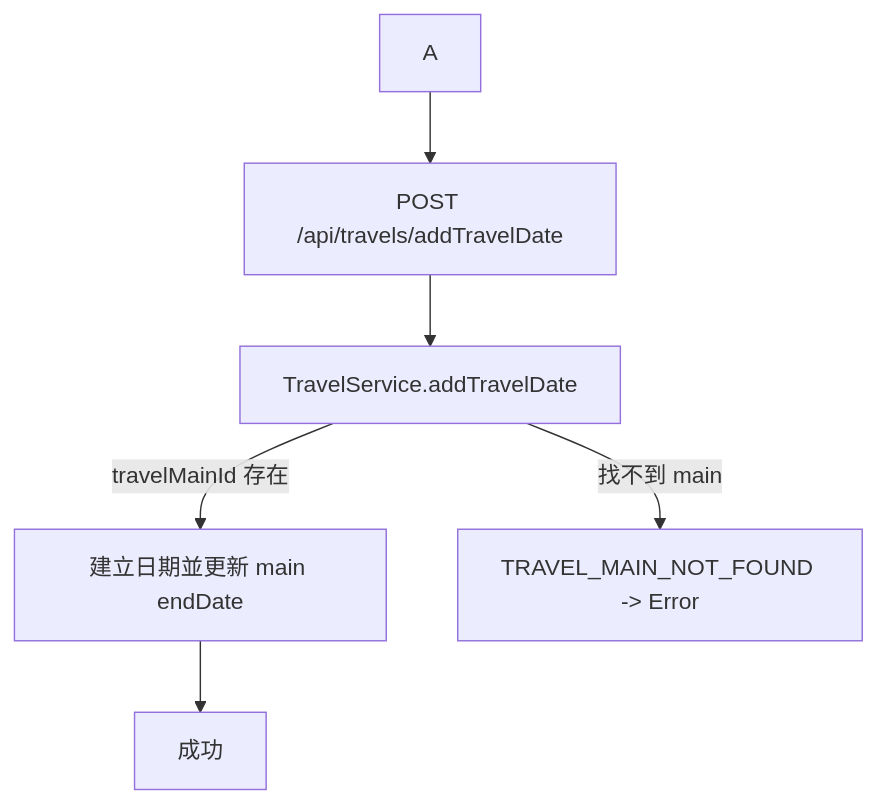
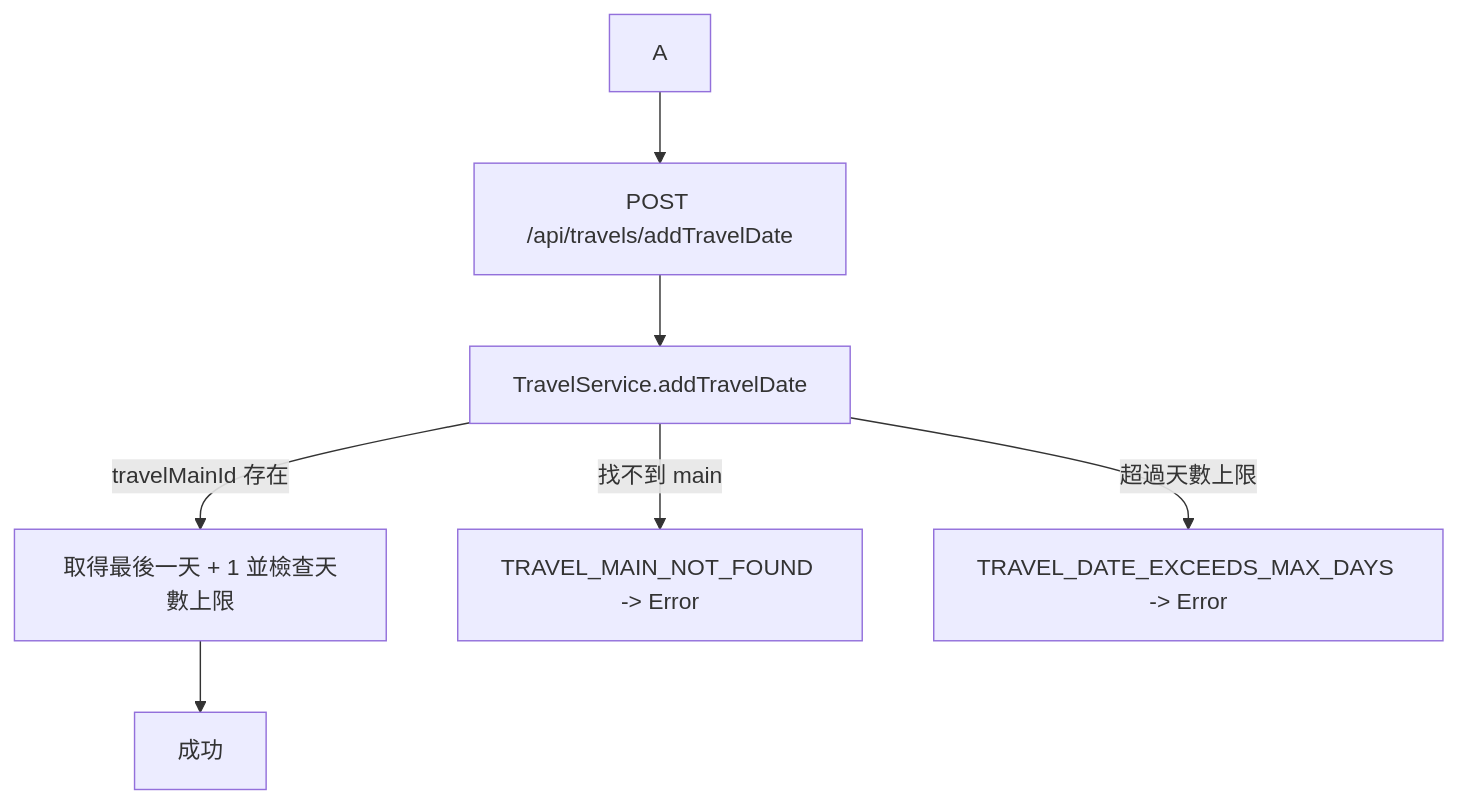
One commit to loveu8/TravelPlanWithAccounting changed the sixth of 19 diagrams in backend/docs/travel-api.md. Above: the diagram before and after it, drawn with Mermaid. The commit also changed other lines of this file and 10 other files, not shown here.

````diff
--- a/backend/docs/travel-api.md
+++ b/backend/docs/travel-api.md
@@ -280,8 +280,9 @@
 ```mermaid
 flowchart TD
   A --> B[POST /api/travels/addTravelDate]
   B --> C[TravelService.addTravelDate]
-  C -->|travelMainId 存在| D[建立日期並更新 main endDate]
+  C -->|travelMainId 存在| D[取得最後一天 + 1 並檢查天數上限]
   D --> E[成功]
   C -->|找不到 main| F[TRAVEL_MAIN_NOT_FOUND -> Error]
+  C -->|超過天數上限| G[TRAVEL_DATE_EXCEEDS_MAX_DAYS -> Error]
 ```
````
